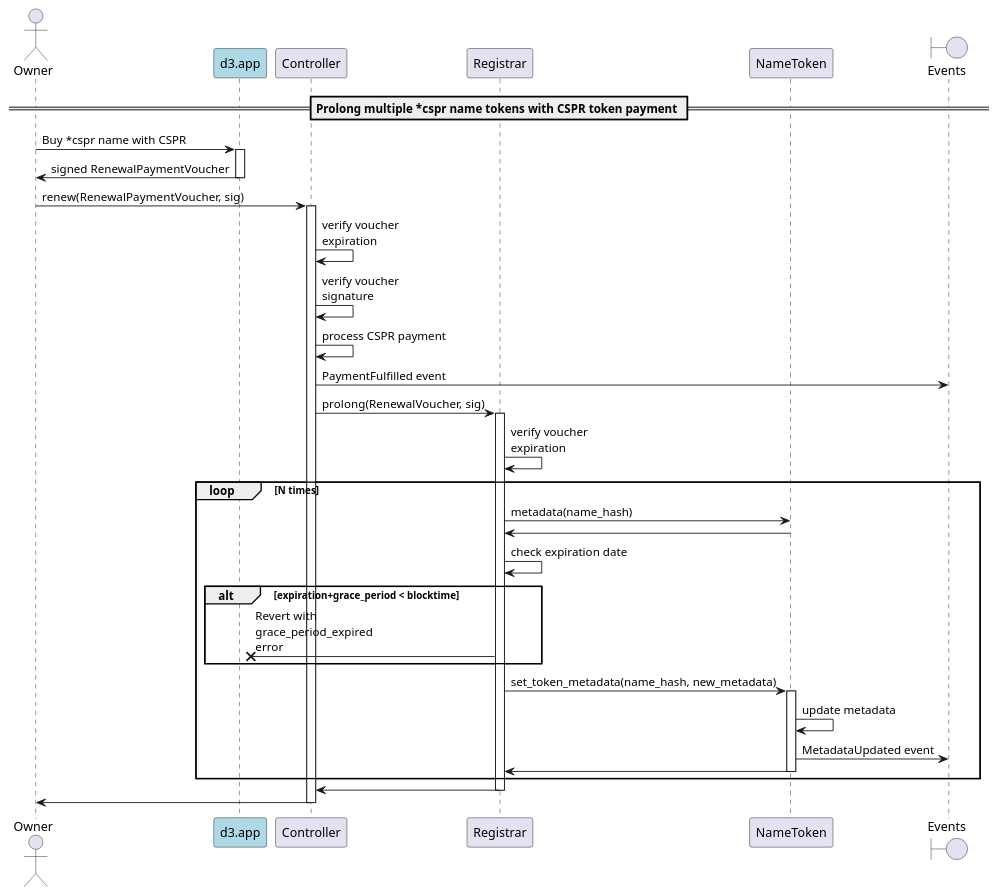
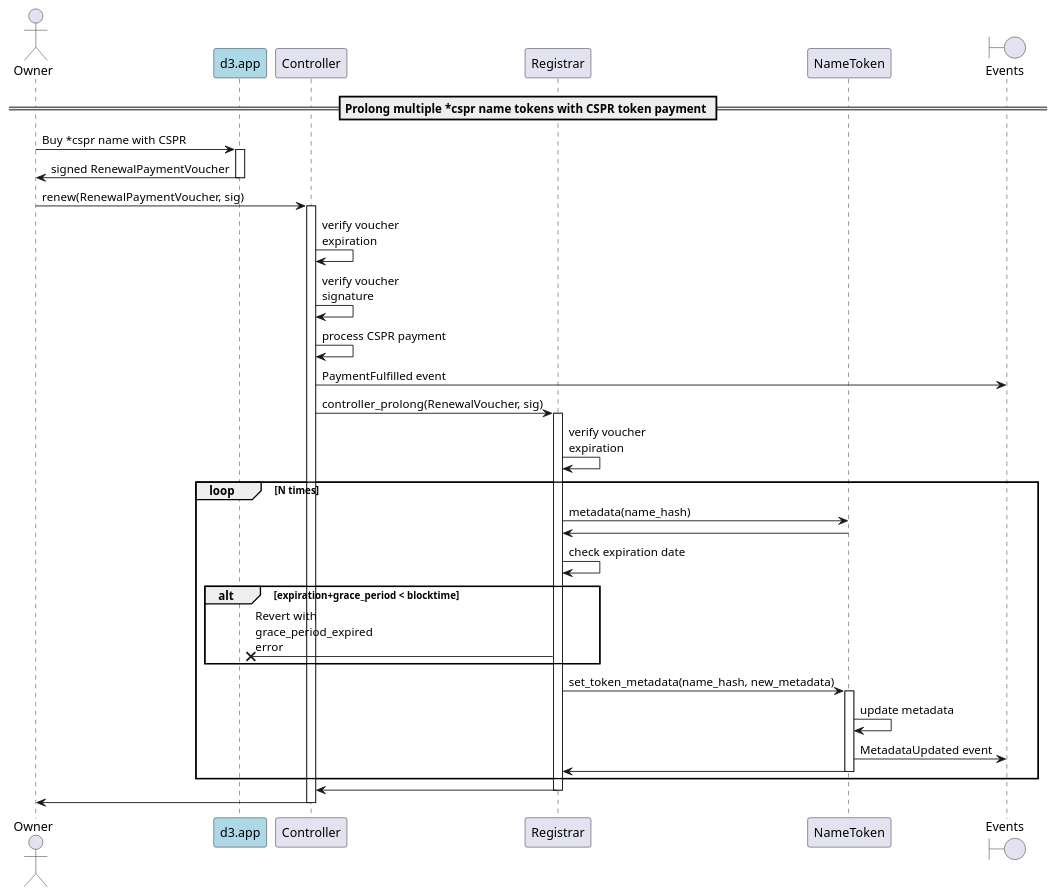
The diagram in docs/sequence-diagrams/puml/onchain-renewal.puml (make-software/cspr-name-contracts), drawn with PlantUML before and after one commit. The commit also changed 9 other files, not shown here.

First line of the commit message:
Update sequence diagrams

```diff
--- a/docs/sequence-diagrams/puml/onchain-renewal.puml
+++ b/docs/sequence-diagrams/puml/onchain-renewal.puml
@@ -1,47 +1,47 @@
 @startuml
 'https://plantuml.com/sequence-diagram
 
 'autonumber
 actor Owner
 participant "d3.app" as d3 #lightblue
 participant "Controller"
 participant "Registrar"
 participant "NameToken"
 boundary "Events"
 
 == Prolong multiple *cspr name tokens with CSPR token payment ==
 
 Owner -> d3: Buy *cspr name with CSPR
 activate d3
 d3 -> Owner: signed RenewalPaymentVoucher
 deactivate d3
 
 Owner -> Controller: renew(RenewalPaymentVoucher, sig)
 activate Controller
 Controller -> Controller: verify voucher\nexpiration
 Controller -> Controller: verify voucher\nsignature
 Controller -> Controller: process CSPR payment
 Controller -> "Events": PaymentFulfilled event
-Controller -> Registrar: prolong(RenewalVoucher, sig)
+Controller -> Registrar: controller_prolong(RenewalVoucher, sig)
 activate Registrar
 Registrar -> Registrar: verify voucher\nexpiration
     loop N times
     Registrar -> NameToken: metadata(name_hash)
     NameToken -> Registrar
     Registrar -> Registrar: check expiration date
     alt expiration+grace_period < blocktime
         Registrar ->x d3: Revert with\ngrace_period_expired\nerror
     end
     Registrar -> NameToken: set_token_metadata(name_hash, new_metadata)
     activate NameToken
     NameToken -> NameToken: update metadata
     NameToken -> "Events": MetadataUpdated event
     NameToken -> Registrar
     deactivate NameToken
     end loop
 Registrar -> Controller
 deactivate Registrar
 Controller -> Owner
 deactivate Controller
 
 @enduml
```
